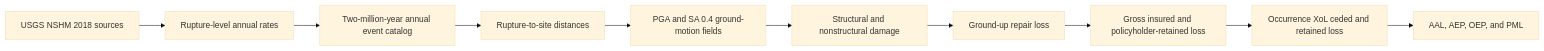
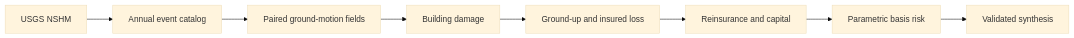
One commit to NatCatAnalystRandle/seismic-correlation-insurance-loss changed the diagram in docs/PROJECT_CASE_STUDY.md. Above: the diagram before and after it, drawn with Mermaid (base theme). The commit also changed other lines of this file and 7 other files, not shown here.

````diff
--- a/docs/PROJECT_CASE_STUDY.md
+++ b/docs/PROJECT_CASE_STUDY.md
@@ -40,12 +44,10 @@
 ```mermaid
 flowchart LR
-    A[USGS NSHM 2018 sources] --> B[Rupture-level annual rates]
-    B --> C[Two-million-year annual event catalog]
-    C --> D[Rupture-to-site distances]
-    D --> E[PGA and SA 0.4 ground-motion fields]
-    E --> F[Structural and nonstructural damage]
-    F --> G[Ground-up repair loss]
-    G --> H[Gross insured and policyholder-retained loss]
-    H --> I[Occurrence XoL ceded and retained loss]
-    I --> J[AAL, AEP, OEP, and PML]
+    A[USGS NSHM] --> B[Annual event catalog]
+    B --> C[Paired ground-motion fields]
+    C --> D[Building damage]
+    D --> E[Ground-up and insured loss]
+    E --> F[Reinsurance and capital]
+    F --> G[Parametric basis risk]
+    G --> H[Validated synthesis]
 ```
````
